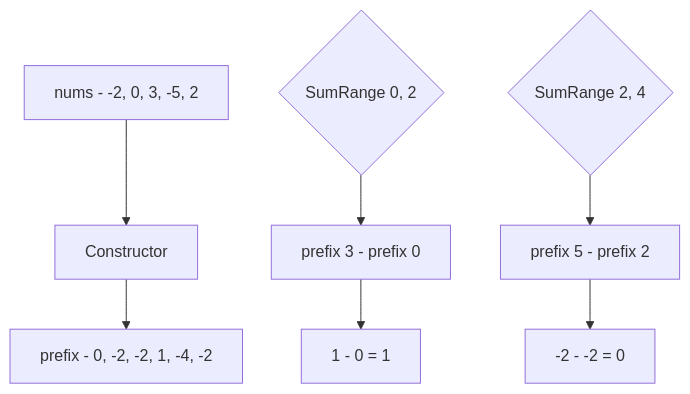
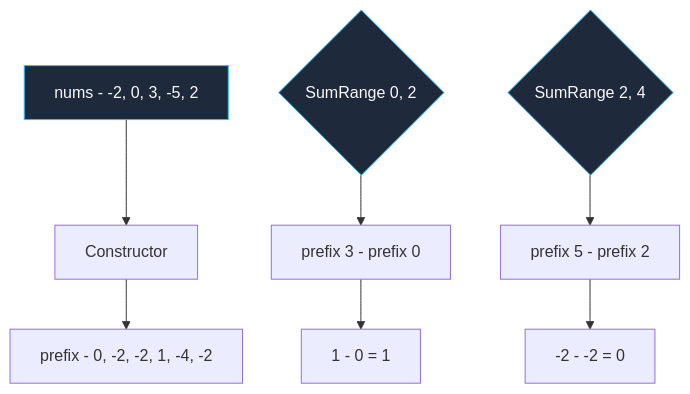
Before and after one commit to UnrealTemplier/go-textbook: the diagram in sources/21. Задачи с LeetCode и собеседований на Go/02. Задачи/04. Префиксные суммы/3. Range Sum Query Immutable.md, drawn with Mermaid. The commit also changed 1666 other files, not shown here.

First line of the commit message:
feat(mermaid): add semantic color classDef to 1369 colorless flowchart/graph diagrams

````diff
--- a/sources/21. Задачи с LeetCode и собеседований на Go/02. Задачи/04. Префиксные суммы/3. Range Sum Query Immutable.md
+++ b/sources/21. Задачи с LeetCode и собеседований на Go/02. Задачи/04. Префиксные суммы/3. Range Sum Query Immutable.md
@@ -42,11 +42,21 @@
 ```mermaid
 flowchart TD
-    A["nums - -2, 0, 3, -5, 2"] --> B["Constructor"]
+    classDef process  fill:#1e293b,stroke:#38bdf8,stroke-width:1px,color:#f8fafc
+    classDef success  fill:#064e3b,stroke:#34d399,stroke-width:1px,color:#f8fafc
+    classDef error    fill:#7f1d1d,stroke:#f87171,stroke-width:1px,color:#f8fafc
+    classDef warning  fill:#78350f,stroke:#fbbf24,stroke-width:1px,color:#f8fafc
+    classDef entry    fill:#1e3a5f,stroke:#38bdf8,stroke-width:2px,color:#f8fafc
+    classDef aux      fill:#334155,stroke:#64748b,stroke-width:1px,color:#f8fafc
+    classDef system   fill:#312e81,stroke:#a78bfa,stroke-width:1px,color:#f8fafc
+    classDef data     fill:#132d29,stroke:#2dd4bf,stroke-width:1px,color:#f8fafc
+    classDef network  fill:#881337,stroke:#fb7185,stroke-width:1px,color:#f8fafc
+    classDef accent   fill:#1e1b4b,stroke:#818cf8,stroke-width:1px,color:#f8fafc
+    A["nums - -2, 0, 3, -5, 2"]:::process --> B["Constructor"]
     B --> C["prefix - 0, -2, -2, 1, -4, -2"]
     
-    D{"SumRange 0, 2"} --> E["prefix 3 - prefix 0"]
+    D{"SumRange 0, 2"}:::process --> E["prefix 3 - prefix 0"]
     E --> F["1 - 0 = 1"]
     
-    G{"SumRange 2, 4"} --> H["prefix 5 - prefix 2"]
+    G{"SumRange 2, 4"}:::process --> H["prefix 5 - prefix 2"]
     H --> I["-2 - -2 = 0"]
 ```
````
